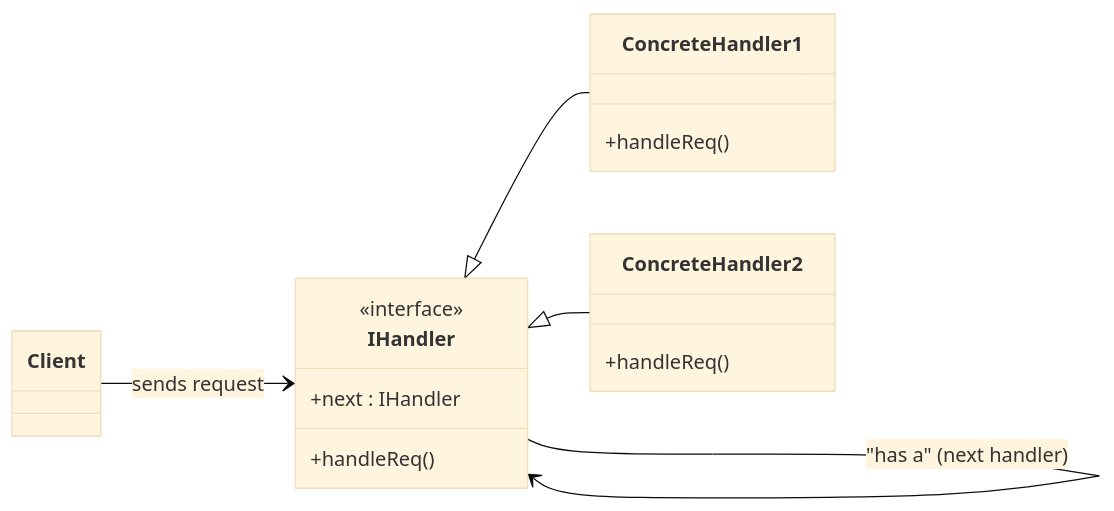
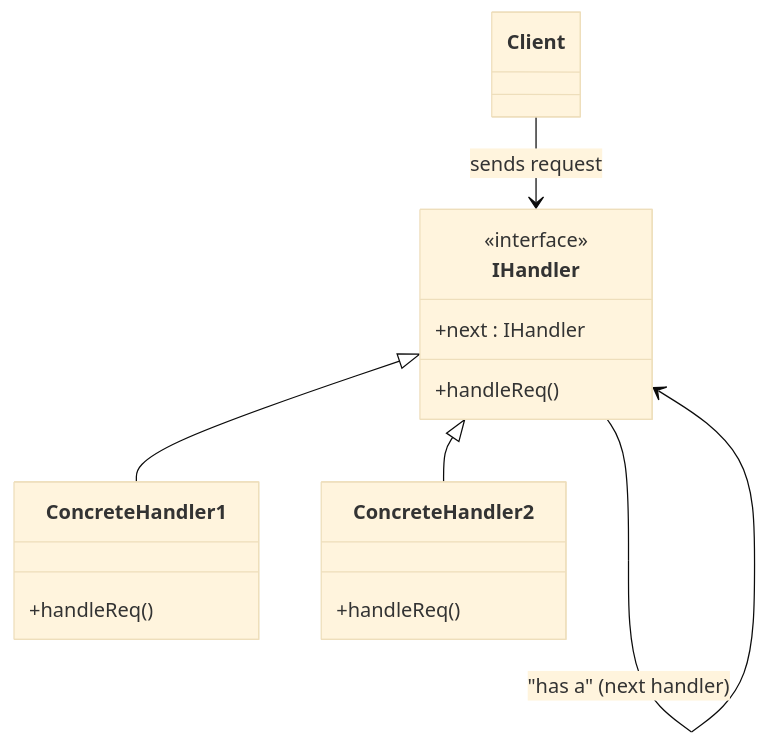
One commit to Pritam-25/System-Design changed the diagram in Design Patterns/Chain of Responsibility Pattern/README.md. Above: the diagram before and after it, drawn with Mermaid (base theme). The commit also changed other lines of this file and 18 other files, not shown here.

````diff
--- a/Design Patterns/Chain of Responsibility Pattern/README.md
+++ b/Design Patterns/Chain of Responsibility Pattern/README.md
@@ -131,27 +131,27 @@
 ```mermaid
 classDiagram
-  direction LR
+  direction TB
 
   class Client {
   }
 
   class IHandler {
     <<interface>>
     +handleReq()
     +next : IHandler
   }
 
   class ConcreteHandler1 {
     +handleReq()
   }
 
   class ConcreteHandler2 {
     +handleReq()
   }
 
   Client --> IHandler : sends request
   IHandler <|-- ConcreteHandler1
   IHandler <|-- ConcreteHandler2
   IHandler --> IHandler : "has a" (next handler)
 
 ```
````
